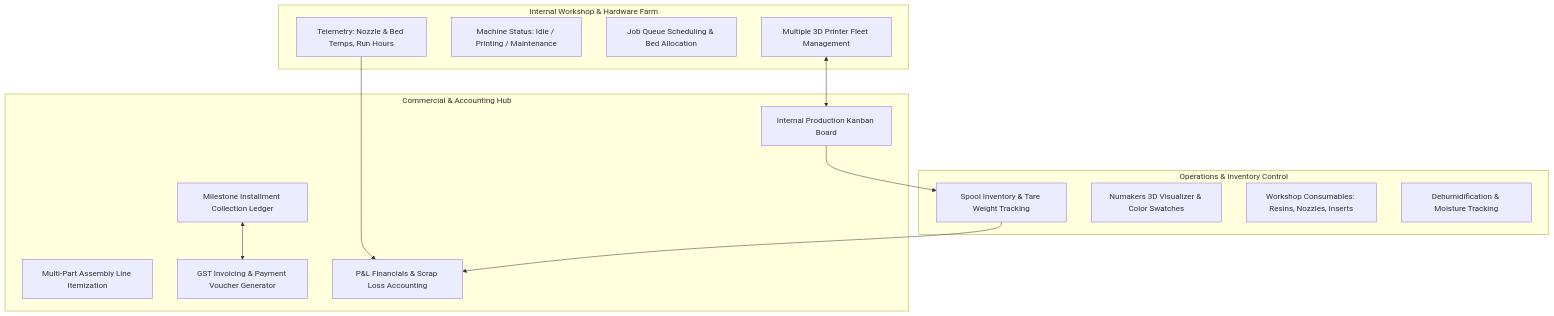
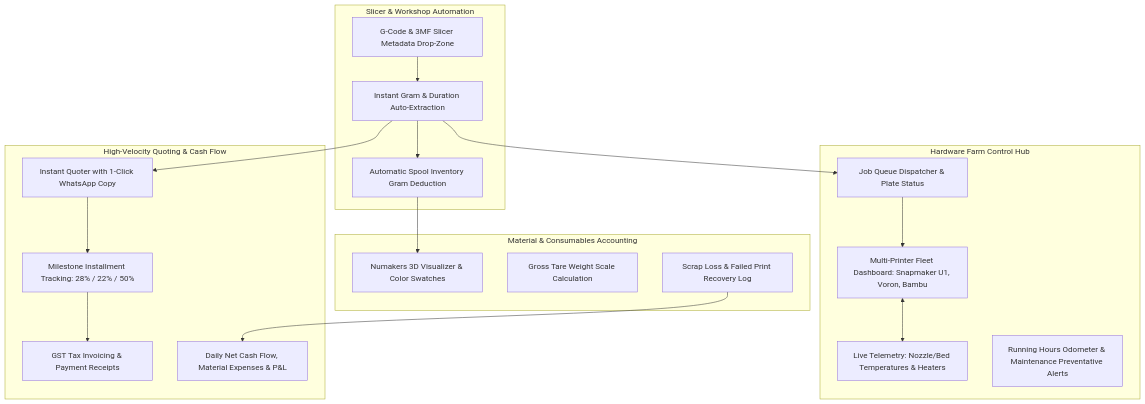
One commit to SidddhantJain/MadeNMore_Invetory- changed the diagram in FUTURE_PLAN.md. Above: the diagram before and after it, drawn with Mermaid. The commit also changed other lines of this file and 2 other files, not shown here.

Commit message:
Implement Slicer G-Code parser, 1-click WhatsApp quoter, and operator roadmap v4.0

````diff
--- a/FUTURE_PLAN.md
+++ b/FUTURE_PLAN.md
@@ -13,30 +15,38 @@
 ```mermaid
 graph TB
-    subgraph Internal Workshop & Hardware Farm
-        P1[Multiple 3D Printer Fleet Management]
-        P2[Machine Status: Idle / Printing / Maintenance]
-        P3[Job Queue Scheduling & Bed Allocation]
-        P4[Telemetry: Nozzle & Bed Temps, Run Hours]
+    subgraph Slicer & Workshop Automation
+        T1[G-Code & 3MF Slicer Metadata Drop-Zone]
+        T2[Instant Gram & Duration Auto-Extraction]
+        T3[Automatic Spool Inventory Gram Deduction]
     end
 
-    subgraph Operations & Inventory Control
-        I1[Spool Inventory & Tare Weight Tracking]
-        I2[Numakers 3D Visualizer & Color Swatches]
-        I3[Workshop Consumables: Resins, Nozzles, Inserts]
-        I4[Dehumidification & Moisture Tracking]
+    subgraph Hardware Farm Control Hub
+        F1[Multi-Printer Fleet Dashboard: Snapmaker U1, Voron, Bambu]
+        F2[Live Telemetry: Nozzle/Bed Temperatures & Heaters]
+        F3[Job Queue Dispatcher & Plate Status]
+        F4[Running Hours Odometer & Maintenance Preventative Alerts]
     end
 
-    subgraph Commercial & Accounting Hub
-        O1[Internal Production Kanban Board]
-        O2[Multi-Part Assembly Line Itemization]
-        O3[Milestone Installment Collection Ledger]
-        O4[GST Invoicing & Payment Voucher Generator]
-        O5[P&L Financials & Scrap Loss Accounting]
+    subgraph High-Velocity Quoting & Cash Flow
+        C1[Instant Quoter with 1-Click WhatsApp Copy]
+        C2[Milestone Installment Tracking: 28% / 22% / 50%]
+        C3[GST Tax Invoicing & Payment Receipts]
+        C4[Daily Net Cash Flow, Material Expenses & P&L]
     end
 
-    P1 <--> O1
-    O1 --> I1
-    P4 --> O5
-    O3 <--> O4
-    I1 --> O5
+    subgraph Material & Consumables Accounting
+        M1[Numakers 3D Visualizer & Color Swatches]
+        M2[Gross Tare Weight Scale Calculation]
+        M3[Scrap Loss & Failed Print Recovery Log]
+    end
+
+    T1 --> T2 --> T3
+    T2 --> C1
+    T2 --> F3
+    F1 <--> F2
+    F3 --> F1
+    C1 --> C2
+    C2 --> C3
+    T3 --> M1
+    M3 --> C4
 ```
````
